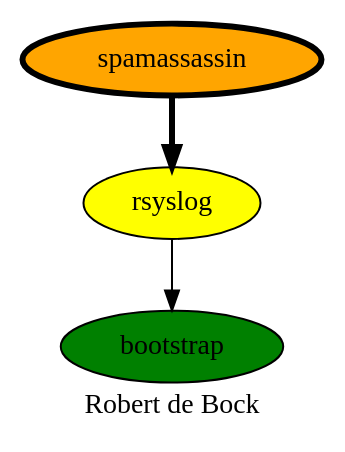
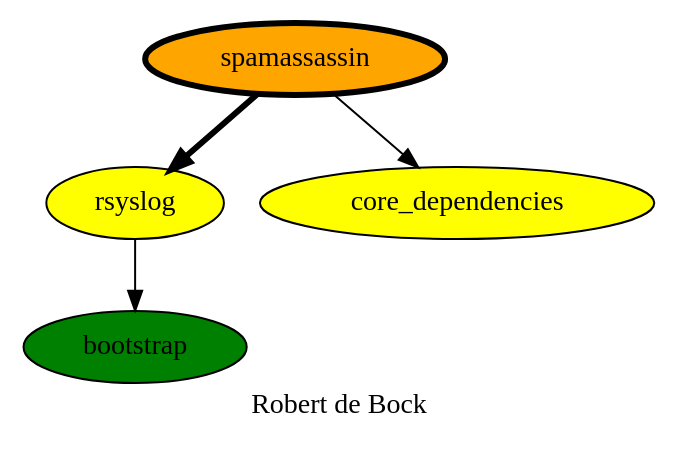
Before and after one commit to robertdebock/drawings: the diagram in spamassassin.dot, drawn with Graphviz. The commit also changed 1 other file, not shown here.

Commit message:
Fix spamassassin

```diff
--- a/spamassassin.dot
+++ b/spamassassin.dot
@@ -1,11 +1,13 @@
 digraph PhiloDilemma {
   label = "Robert de Bock" ;
   overlap=false
   {
     bootstrap [fillcolor=green style=filled]
     rsyslog [fillcolor=yellow style=filled]
+    core_dependencies [fillcolor=yellow style=filled]
     spamassassin [fillcolor=orange style=filled penwidth=3]
   }
   rsyslog -> bootstrap
   spamassassin -> rsyslog [penwidth=3]
+  spamassassin -> core_dependencies
 }
```
